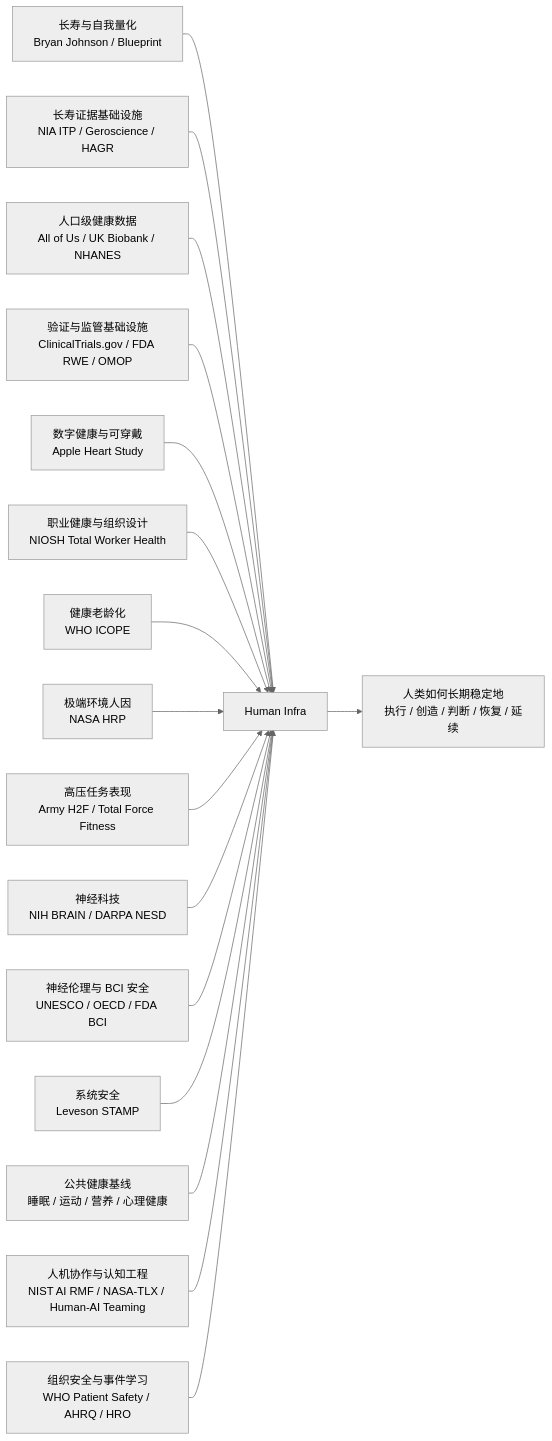
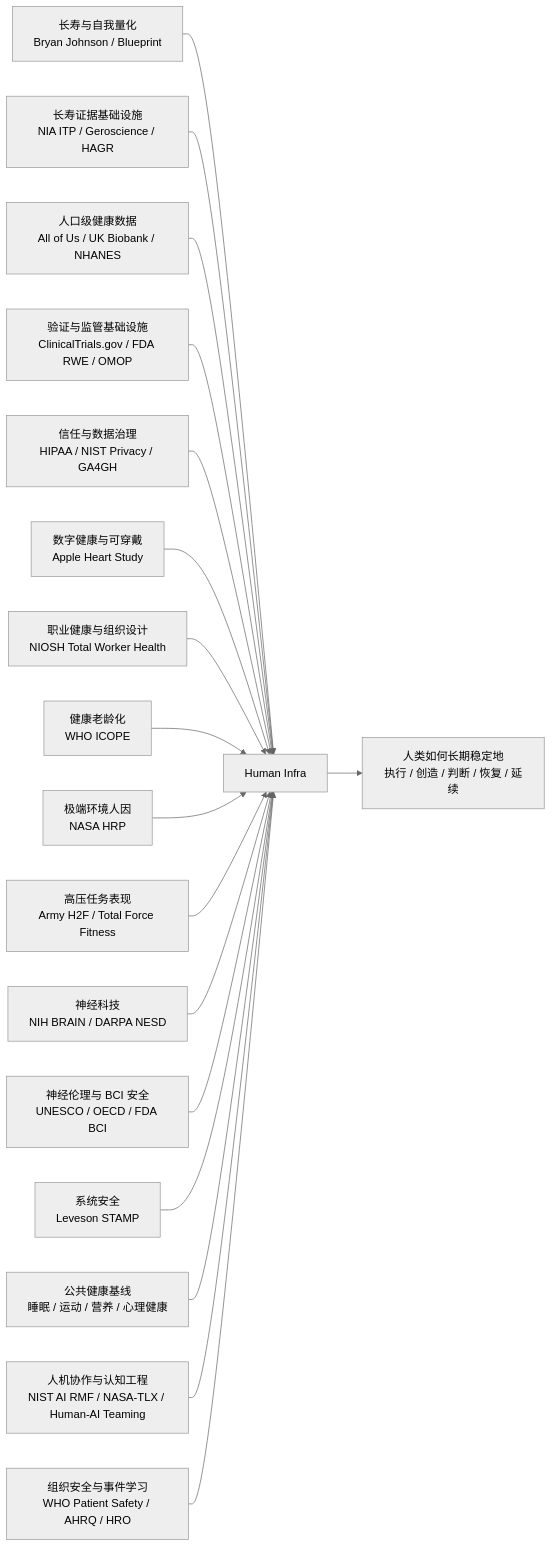
One commit to 123olp/ys changed the first of 4 diagrams in README.md. Above: the diagram before and after it, drawn with Mermaid (neutral theme). The commit also changed other lines of this file and 2 other files, not shown here.

````diff
--- a/README.md
+++ b/README.md
@@ -22,20 +22,21 @@
 ```mermaid
 flowchart LR
     A[长寿与自我量化<br/>Bryan Johnson / Blueprint] --> H[Human Infra]
     L[长寿证据基础设施<br/>NIA ITP / Geroscience / HAGR] --> H
     P[人口级健康数据<br/>All of Us / UK Biobank / NHANES] --> H
     R[验证与监管基础设施<br/>ClinicalTrials.gov / FDA RWE / OMOP] --> H
+    T[信任与数据治理<br/>HIPAA / NIST Privacy / GA4GH] --> H
     B[数字健康与可穿戴<br/>Apple Heart Study] --> H
     C[职业健康与组织设计<br/>NIOSH Total Worker Health] --> H
     D[健康老龄化<br/>WHO ICOPE] --> H
     E[极端环境人因<br/>NASA HRP] --> H
     F[高压任务表现<br/>Army H2F / Total Force Fitness] --> H
     G[神经科技<br/>NIH BRAIN / DARPA NESD] --> H
     N[神经伦理与 BCI 安全<br/>UNESCO / OECD / FDA BCI] --> H
     I[系统安全<br/>Leveson STAMP] --> H
     K[公共健康基线<br/>睡眠 / 运动 / 营养 / 心理健康] --> H
     M[人机协作与认知工程<br/>NIST AI RMF / NASA-TLX / Human-AI Teaming] --> H
     O[组织安全与事件学习<br/>WHO Patient Safety / AHRQ / HRO] --> H
 
     H --> J[人类如何长期稳定地<br/>执行 / 创造 / 判断 / 恢复 / 延续]
 ```
````
